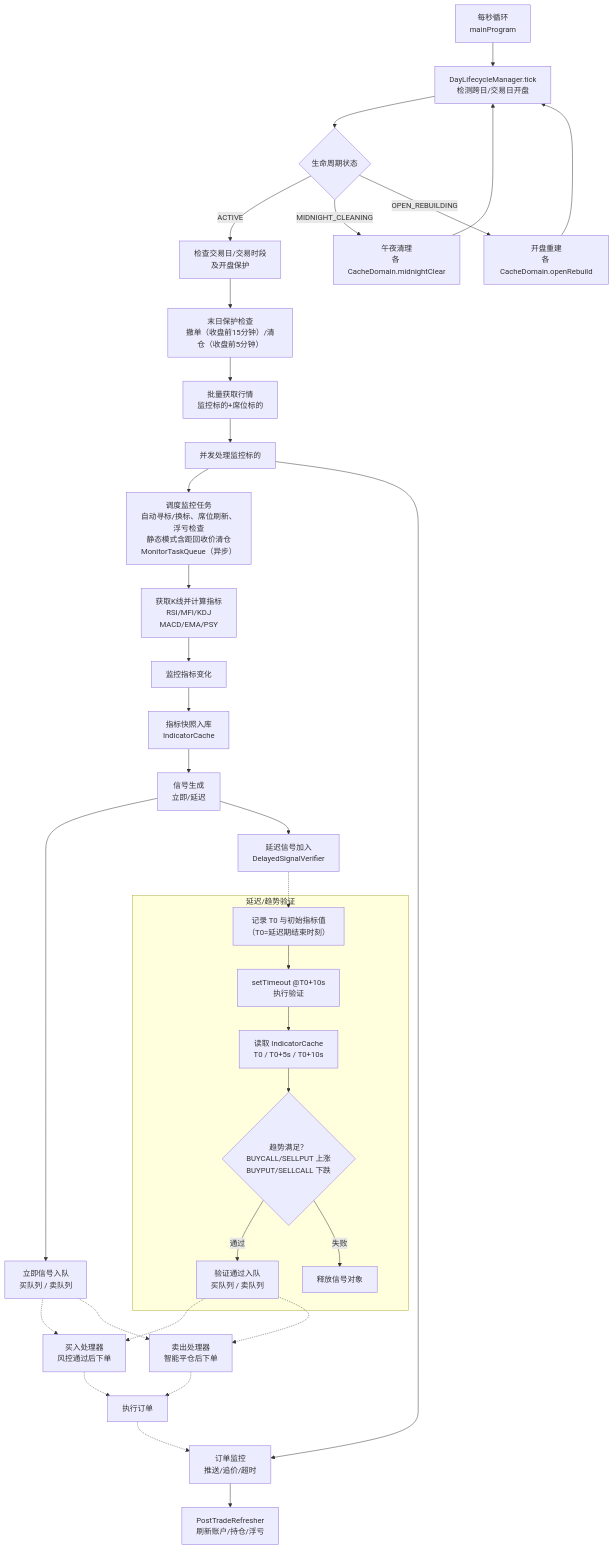
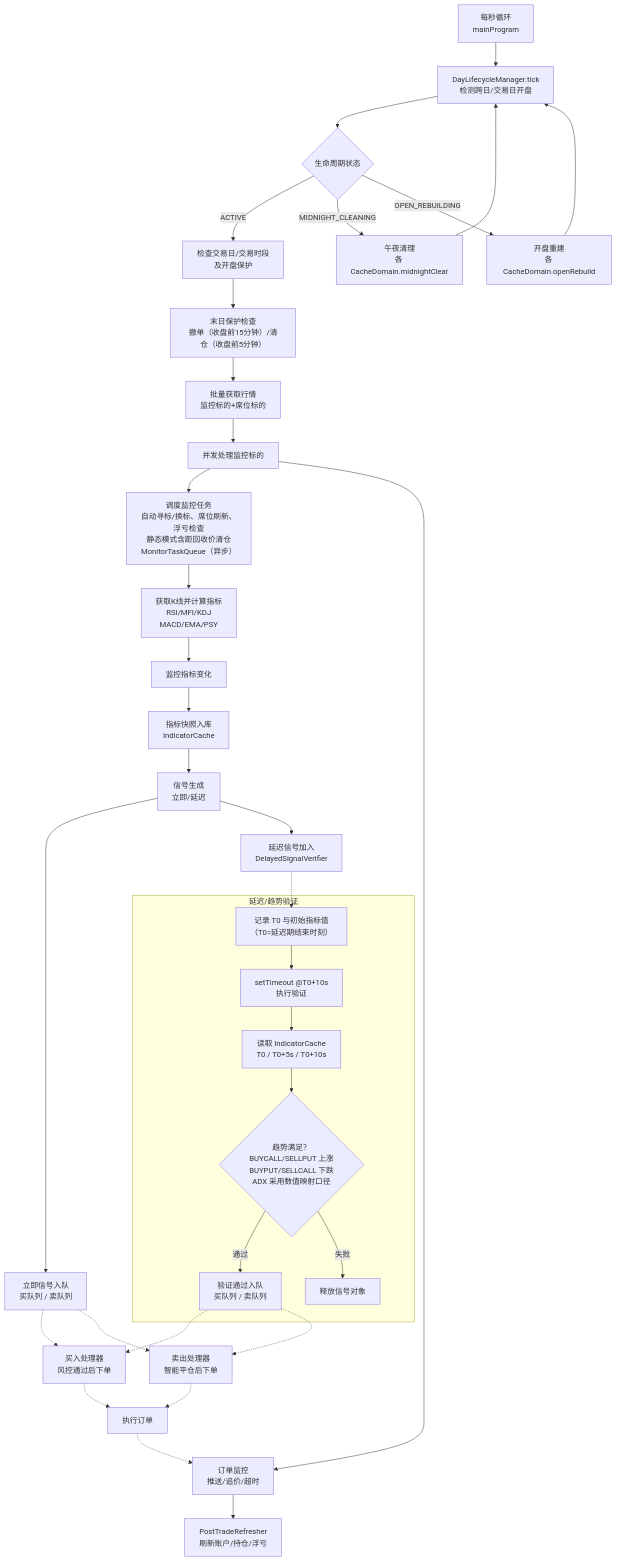
One commit to zhengyongjie16/Longbridge-Quantitative-Trading changed the diagram in README.md. Above: the diagram before and after it, drawn with Mermaid. The commit also changed other lines of this file and 1 other file, not shown here.

First line of the commit message:
chore(claude): improve statusline token/cost accuracy and ADX docs

````diff
--- a/README.md
+++ b/README.md
@@ -308,39 +308,39 @@
 ```mermaid
 graph TD
   A["每秒循环<br/>mainProgram"] --> A1["DayLifecycleManager.tick<br/>检测跨日/交易日开盘"]
   A1 --> A2{"生命周期状态"}
   A2 -->|ACTIVE| B["检查交易日/交易时段<br/>及开盘保护"]
   A2 -->|MIDNIGHT_CLEANING| A3["午夜清理<br/>各 CacheDomain.midnightClear"]
   A2 -->|OPEN_REBUILDING| A4["开盘重建<br/>各 CacheDomain.openRebuild"]
   A3 --> A1
   A4 --> A1
   B --> C["末日保护检查<br/>撤单（收盘前15分钟）/清仓（收盘前5分钟）"]
   C --> D["批量获取行情<br/>监控标的+席位标的"]
   D --> E["并发处理监控标的"]
   E --> E1["调度监控任务<br/>自动寻标/换标、席位刷新、浮亏检查<br/>静态模式含距回收价清仓<br/>MonitorTaskQueue（异步）"]
   E1 --> E2["获取K线并计算指标<br/>RSI/MFI/KDJ<br/>MACD/EMA/PSY"]
   E2 --> E3["监控指标变化"]
   E3 --> E4["指标快照入库<br/>IndicatorCache"]
   E4 --> E5["信号生成<br/>立即/延迟"]
   E5 --> F1["立即信号入队<br/>买队列 / 卖队列"]
   E5 --> F2["延迟信号加入<br/>DelayedSignalVerifier"]
   F1 -.-> G1["买入处理器<br/>风控通过后下单"]
   F1 -.-> G2["卖出处理器<br/>智能平仓后下单"]
   G1 -.-> I["执行订单"]
   G2 -.-> I
   E --> J["订单监控<br/>推送/追价/超时"]
   J --> K["PostTradeRefresher<br/>刷新账户/持仓/浮亏"]
   I -.-> J
 
   subgraph DS ["延迟/趋势验证"]
     D1["记录 T0 与初始指标值<br/>（T0=延迟期结束时刻）"] --> D2["setTimeout @T0+10s<br/>执行验证"]
     D2 --> D3["读取 IndicatorCache<br/>T0 / T0+5s / T0+10s"]
-    D3 --> D4{"趋势满足？<br/>BUYCALL/SELLPUT 上涨<br/>BUYPUT/SELLCALL 下跌"}
+    D3 --> D4{"趋势满足？<br/>BUYCALL/SELLPUT 上涨<br/>BUYPUT/SELLCALL 下跌<br/>ADX 采用数值映射口径"}
     D4 -->|通过| D5["验证通过入队<br/>买队列 / 卖队列"]
     D4 -->|失败| D6["释放信号对象"]
   end
 
   F2 -.-> D1
   D5 -.-> G1
   D5 -.-> G2
 ```
````
